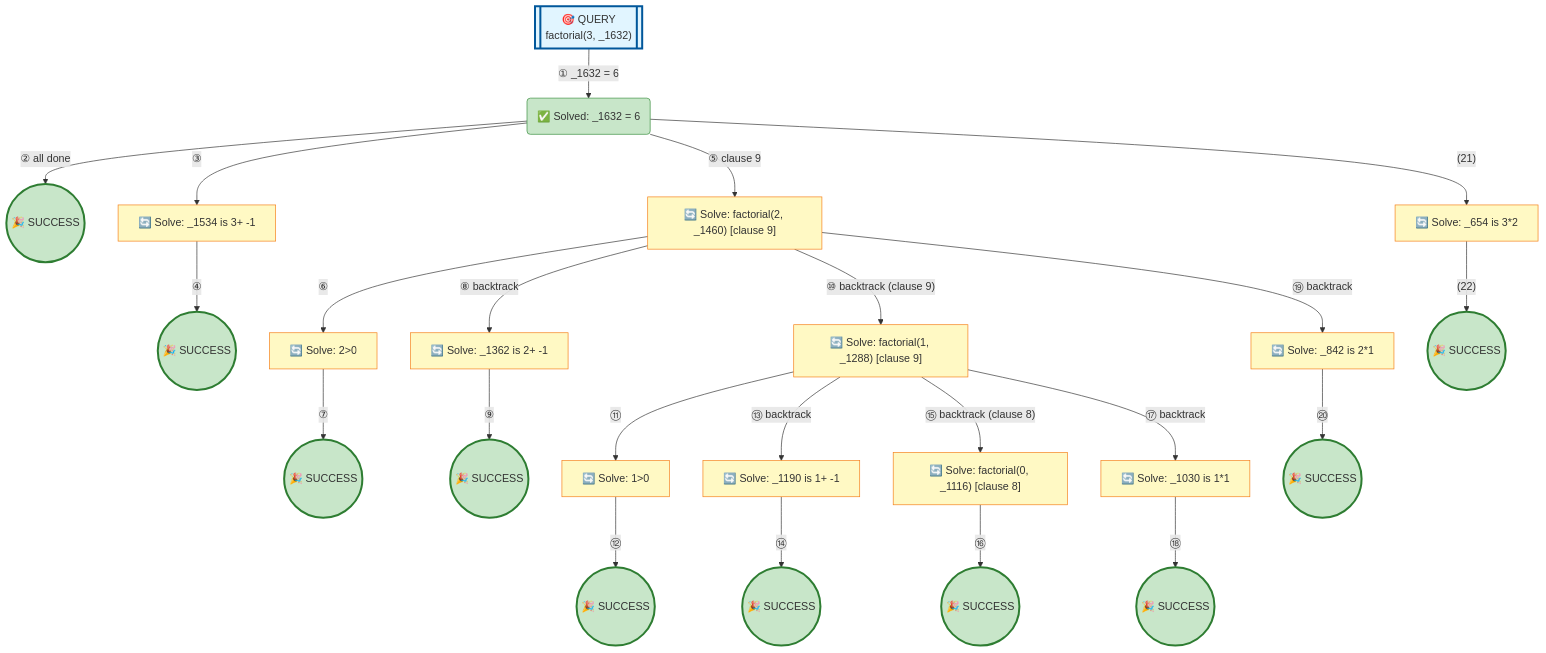
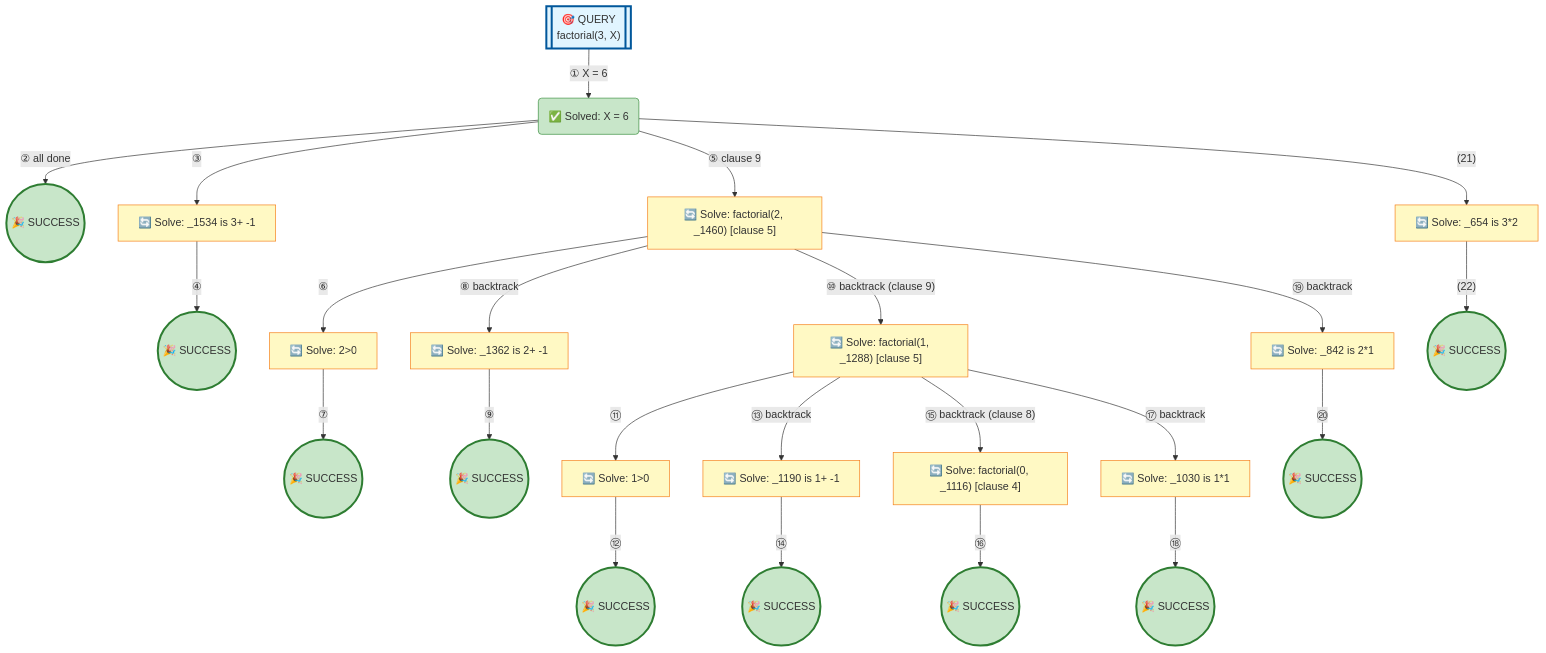
The diagram in examples/factorial-minimal.md (jarecsni/prolog-trace-viz), drawn with Mermaid before and after one commit. The commit also changed other lines of this file and 26 other files, not shown here.

````diff
--- a/examples/factorial-minimal.md
+++ b/examples/factorial-minimal.md
@@ -16,77 +16,77 @@
 ```mermaid
 graph TD
 
 %% Nodes
-A[["🎯 QUERY<br/>factorial(3, _1632)"]]
-B("✅ Solved: _1632 = 6")
+A[["🎯 QUERY<br/>factorial(3, X)"]]
+B("✅ Solved: X = 6")
 D(("🎉 SUCCESS"))
 E["🔄 Solve: _1534 is 3+ -1"]
 F(("🎉 SUCCESS"))
-G["🔄 Solve: factorial(2, _1460) [clause 9]"]
+G["🔄 Solve: factorial(2, _1460) [clause 5]"]
 H["🔄 Solve: 2>0"]
 I(("🎉 SUCCESS"))
 J["🔄 Solve: _1362 is 2+ -1"]
 K(("🎉 SUCCESS"))
-L["🔄 Solve: factorial(1, _1288) [clause 9]"]
+L["🔄 Solve: factorial(1, _1288) [clause 5]"]
 M["🔄 Solve: 1>0"]
 N(("🎉 SUCCESS"))
 O["🔄 Solve: _1190 is 1+ -1"]
 P(("🎉 SUCCESS"))
-Q["🔄 Solve: factorial(0, _1116) [clause 8]"]
+Q["🔄 Solve: factorial(0, _1116) [clause 4]"]
 R(("🎉 SUCCESS"))
 S["🔄 Solve: _1030 is 1*1"]
 T(("🎉 SUCCESS"))
 U["🔄 Solve: _842 is 2*1"]
 V(("🎉 SUCCESS"))
 W["🔄 Solve: _654 is 3*2"]
 X(("🎉 SUCCESS"))
 
 %% Edges
-A -->|"① _1632 = 6"| B
+A -->|"① X = 6"| B
 B -->|"② all done"| D
 B -->|"③"| E
 E -->|"④"| F
 B -->|"⑤ clause 9"| G
 G -->|"⑥"| H
 H -->|"⑦"| I
 G -->|"⑧ backtrack"| J
 J -->|"⑨"| K
 G -->|"⑩ backtrack (clause 9)"| L
 L -->|"⑪"| M
 M -->|"⑫"| N
 L -->|"⑬ backtrack"| O
 O -->|"⑭"| P
 L -->|"⑮ backtrack (clause 8)"| Q
 Q -->|"⑯"| R
 L -->|"⑰ backtrack"| S
 S -->|"⑱"| T
 G -->|"⑲ backtrack"| U
 U -->|"⑳"| V
 B -->|"(21)"| W
 W -->|"(22)"| X
 
 %% Styles
 style A fill:#e1f5ff,stroke:#01579b,stroke-width:3px
 style B fill:#c8e6c9,stroke:#388e3c
 style D fill:#c8e6c9,stroke:#2e7d32,stroke-width:3px
 style E fill:#fff9c4,stroke:#f57f17
 style F fill:#c8e6c9,stroke:#2e7d32,stroke-width:3px
 style G fill:#fff9c4,stroke:#f57f17
 style H fill:#fff9c4,stroke:#f57f17
 style I fill:#c8e6c9,stroke:#2e7d32,stroke-width:3px
 style J fill:#fff9c4,stroke:#f57f17
 style K fill:#c8e6c9,stroke:#2e7d32,stroke-width:3px
 style L fill:#fff9c4,stroke:#f57f17
 style M fill:#fff9c4,stroke:#f57f17
 style N fill:#c8e6c9,stroke:#2e7d32,stroke-width:3px
 style O fill:#fff9c4,stroke:#f57f17
 style P fill:#c8e6c9,stroke:#2e7d32,stroke-width:3px
 style Q fill:#fff9c4,stroke:#f57f17
 style R fill:#c8e6c9,stroke:#2e7d32,stroke-width:3px
 style S fill:#fff9c4,stroke:#f57f17
 style T fill:#c8e6c9,stroke:#2e7d32,stroke-width:3px
 style U fill:#fff9c4,stroke:#f57f17
 style V fill:#c8e6c9,stroke:#2e7d32,stroke-width:3px
 style W fill:#fff9c4,stroke:#f57f17
 style X fill:#c8e6c9,stroke:#2e7d32,stroke-width:3px
 ```
````
